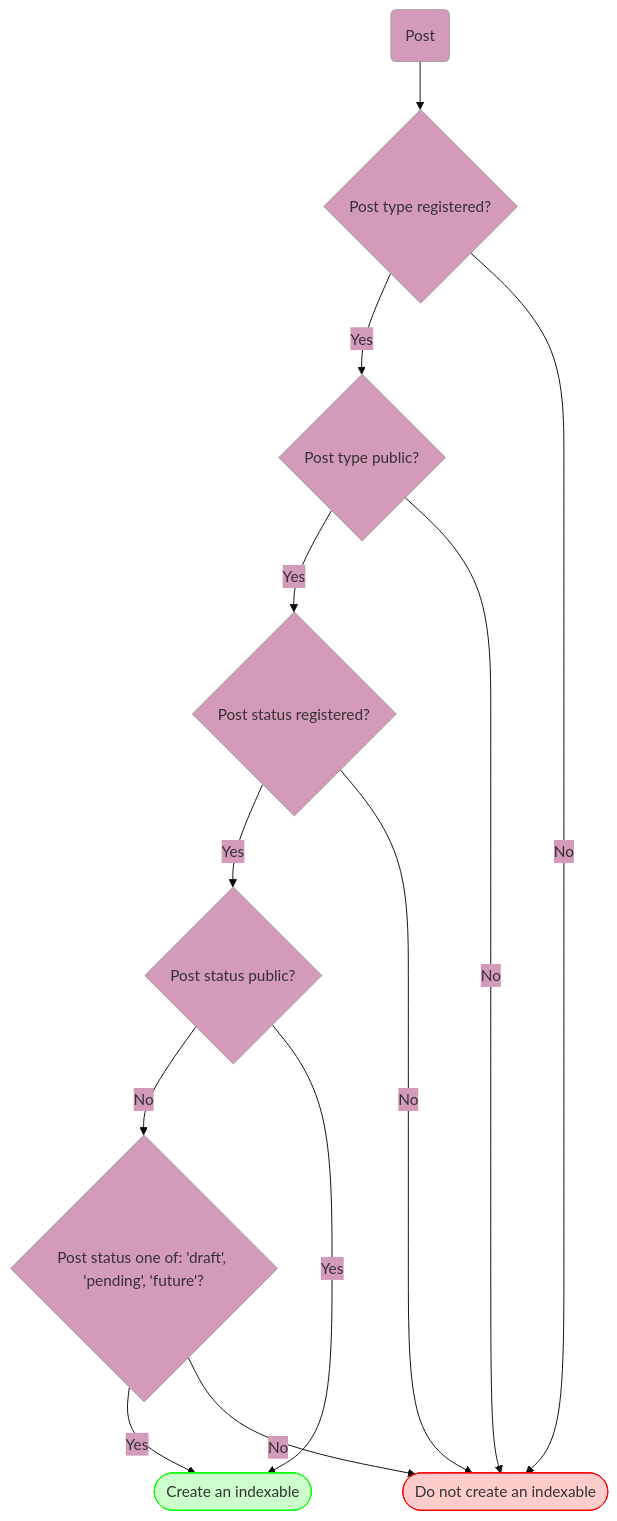
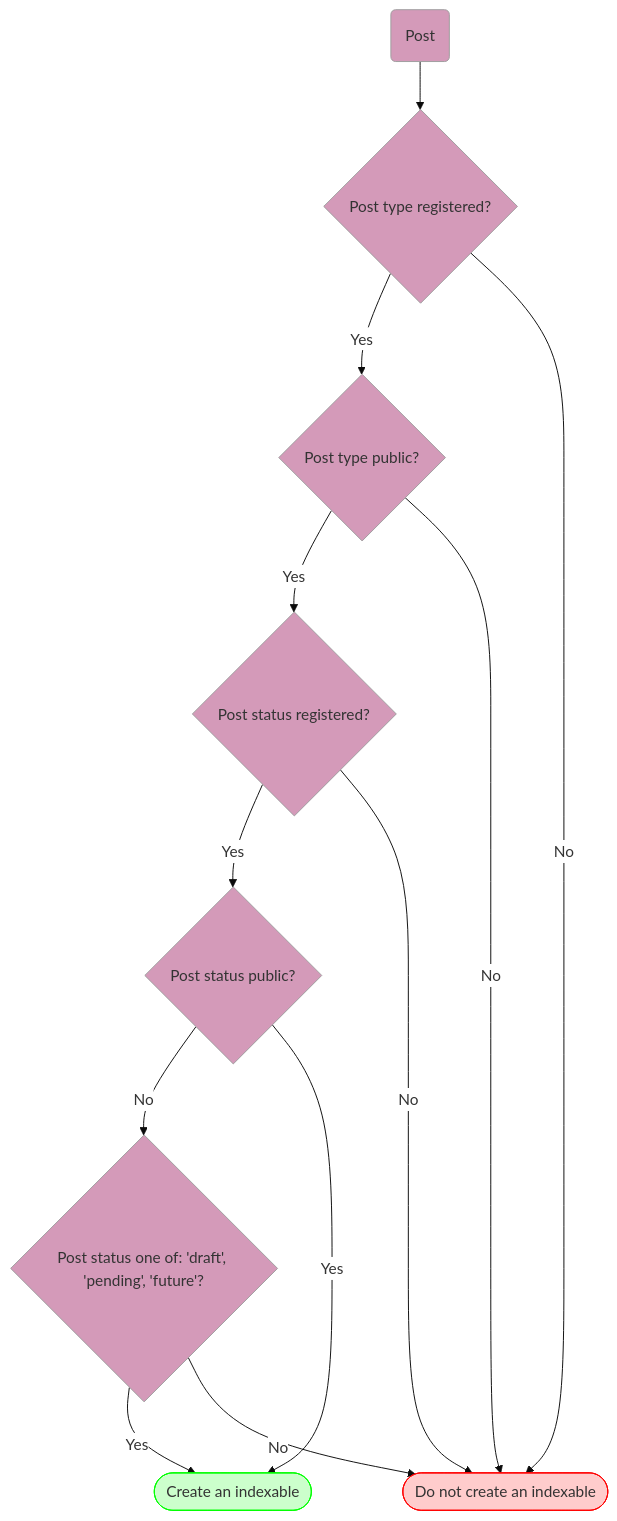
The first of 2 diagrams in docs/features/indexables/what-has-an-indexable.md (Yoast/developer), drawn with Mermaid before and after one commit. The commit also changed other lines of this file and 2 other files, not shown here.

````diff
--- a/docs/features/indexables/what-has-an-indexable.md
+++ b/docs/features/indexables/what-has-an-indexable.md
@@ -12,17 +12,17 @@
 ```mermaid
-%%{init: {'theme': 'base', 'themeVariables': { 'primaryColor': '#D49AB9', 'edgeLabelBackground':'#D49AB9', 'stroke':'#000'}}}%%
+%%{init: {'theme': 'base', 'themeVariables': { 'primaryColor': '#D49AB9', 'edgeLabelBackground':'#FFF', 'stroke':'#000'}}}%%
  flowchart TD
   A(Post) --> B{Post type registered?}
   B -- Yes -->C{Post type public?}
   B -- No -->D([Do not create an indexable])
   C -- Yes -->E{Post status registered?}
   C -- No -->D
   E -- Yes -->F{Post status public?}
   E -- No -->D
   F -- No -->G{Post status one of: 'draft', 'pending', 'future'?}
   F -- Yes -->H([Create an indexable])
   G -- Yes -->H
   G -- No -->D
   style D fill:#ffcccc,stroke:#f00
   style H fill:#ccffcc,stroke:#0f0
 ```
````
